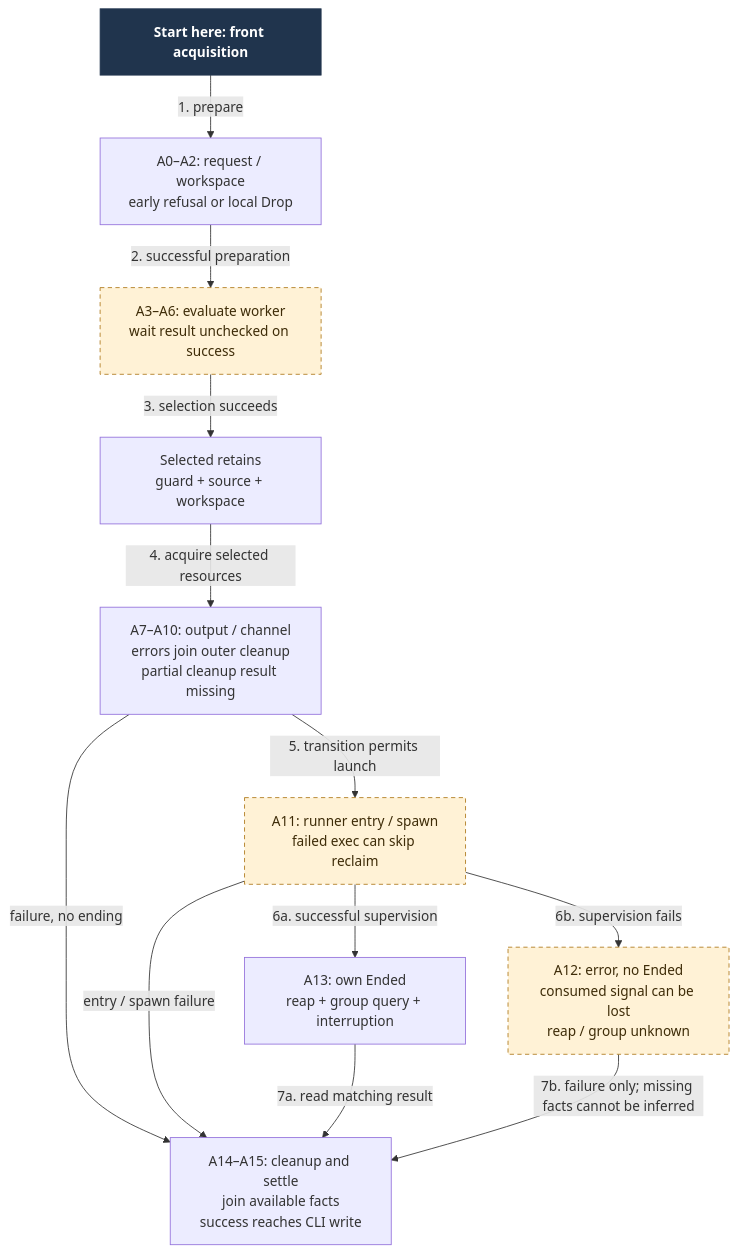
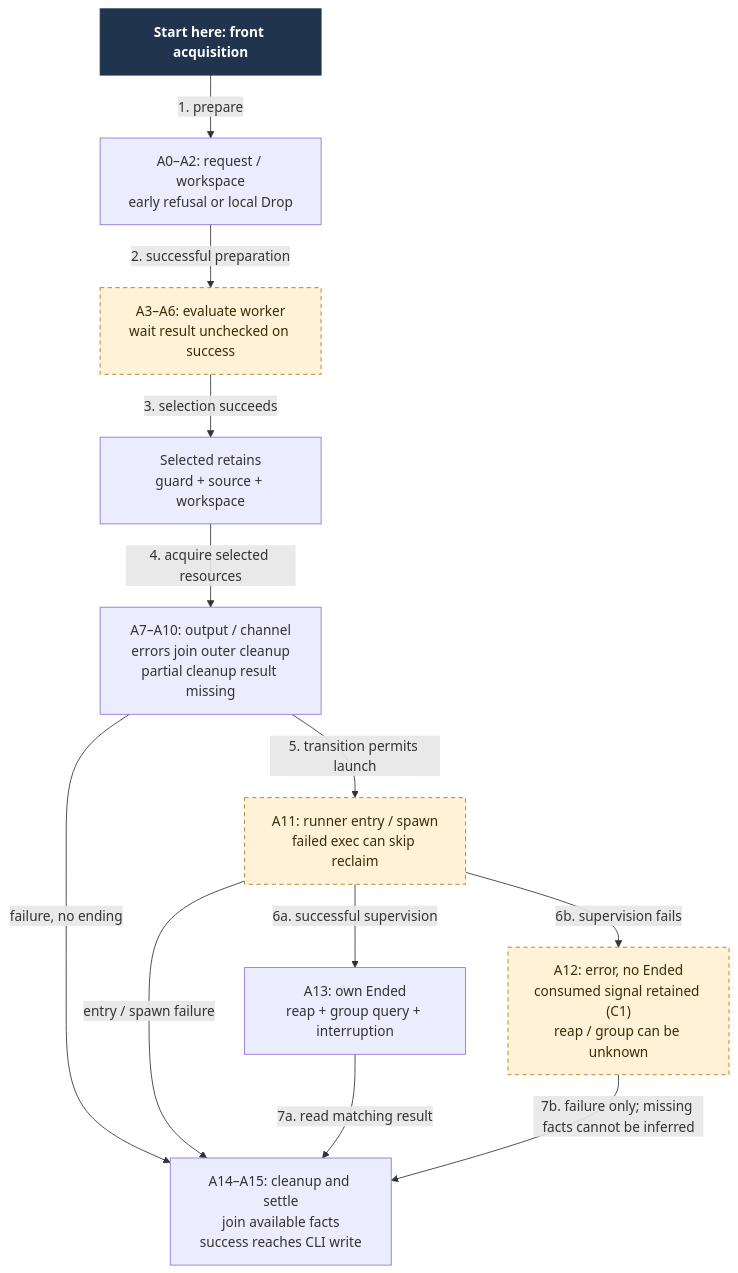
The diagram in docs/design/result-job/acquisition.mmd (Linkuistics/Ravel), drawn with Mermaid before and after one commit. The commit also changed 17 other files, not shown here.

```diff
--- a/docs/design/result-job/acquisition.mmd
+++ b/docs/design/result-job/acquisition.mmd
@@ -1,25 +1,25 @@
 flowchart TB
   start["Start here: front acquisition"]
   prepare["A0–A2: request / workspace<br/>early refusal or local Drop"]
   select["A3–A6: evaluate worker<br/>wait result unchecked on success"]
   selected["Selected retains<br/>guard + source + workspace"]
   acquire["A7–A10: output / channel<br/>errors join outer cleanup<br/>partial cleanup result missing"]
   launch["A11: runner entry / spawn<br/>failed exec can skip reclaim"]
   ending["A13: own Ended<br/>reap + group query + interruption"]
-  error["A12: error, no Ended<br/>consumed signal can be lost<br/>reap / group unknown"]
+  error["A12: error, no Ended<br/>consumed signal retained (C1)<br/>reap / group can be unknown"]
   settle["A14–A15: cleanup and settle<br/>join available facts<br/>success reaches CLI write"]
   start -->|"1. prepare"| prepare
   prepare -->|"2. successful preparation"| select
   select -->|"3. selection succeeds"| selected
   selected -->|"4. acquire selected resources"| acquire
   acquire -->|"5. transition permits launch"| launch
   launch -->|"6a. successful supervision"| ending
   launch -->|"6b. supervision fails"| error
   acquire -->|"failure, no ending"| settle
   launch -->|"entry / spawn failure"| settle
   ending -->|"7a. read matching result"| settle
   error -->|"7b. failure only; missing facts cannot be inferred"| settle
   classDef start fill:#20344d,color:#fff,stroke:#20344d,font-weight:bold
   classDef limit fill:#fff2d6,color:#3e2c08,stroke:#ae791a,stroke-dasharray:5 4
   class start start
   class select,error,launch limit
```
